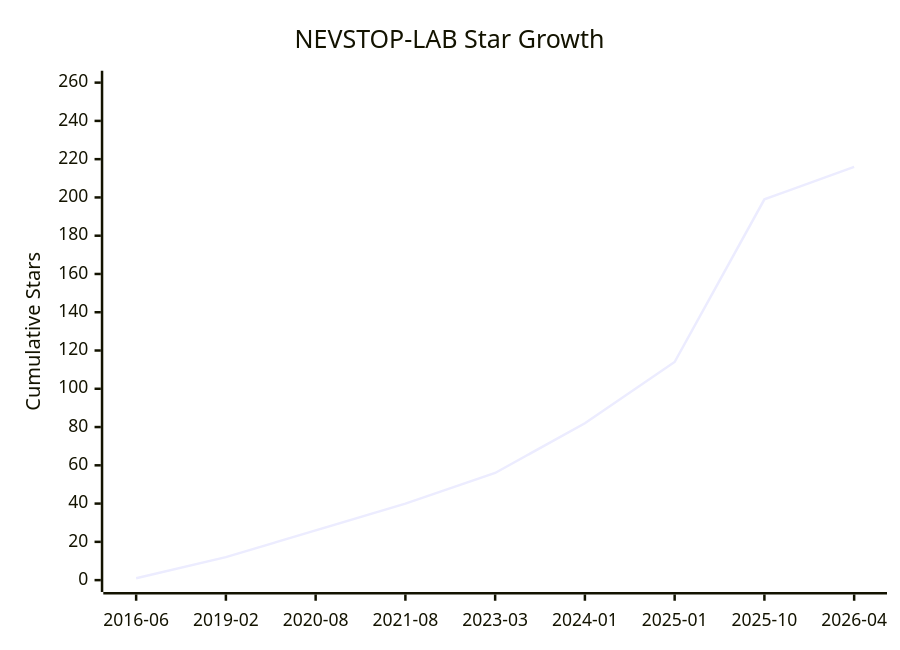
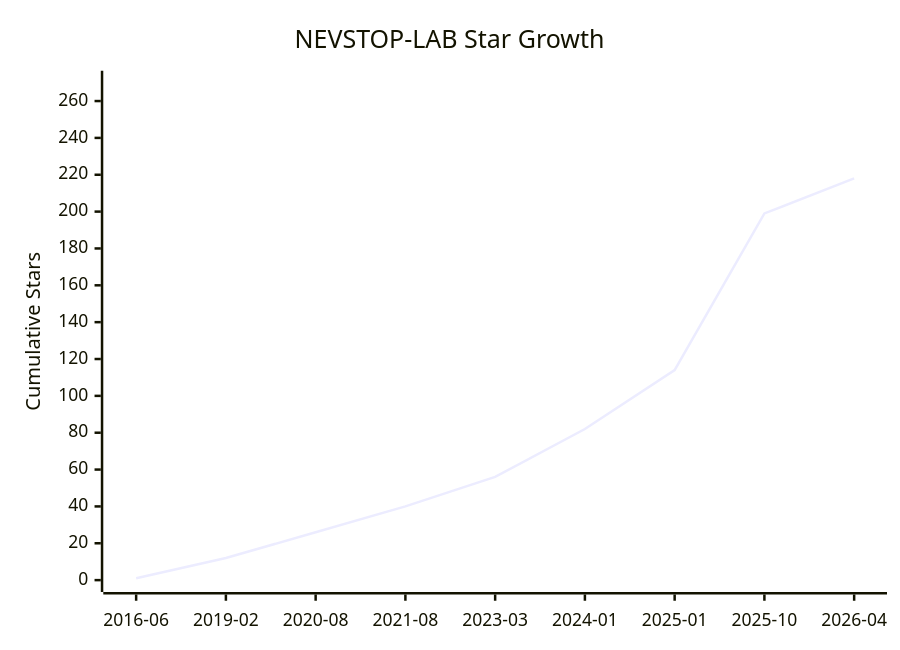
Before and after one commit to NEVSTOP-LAB/.github: the diagram in Star-History.md, drawn with Mermaid. The commit also changed other lines of this file, not shown here.

````diff
--- a/Star-History.md
+++ b/Star-History.md
@@ -8,7 +8,7 @@
 ```mermaid
 xychart-beta
     title "NEVSTOP-LAB Star Growth"
     x-axis ["2016-06", "2019-02", "2020-08", "2021-08", "2023-03", "2024-01", "2025-01", "2025-10", "2026-04"]
-    y-axis "Cumulative Stars" 0 --> 260
-    line [1, 12, 26, 40, 56, 82, 114, 199, 216]
+    y-axis "Cumulative Stars" 0 --> 270
+    line [1, 12, 26, 40, 56, 82, 114, 199, 218]
 ```
````
